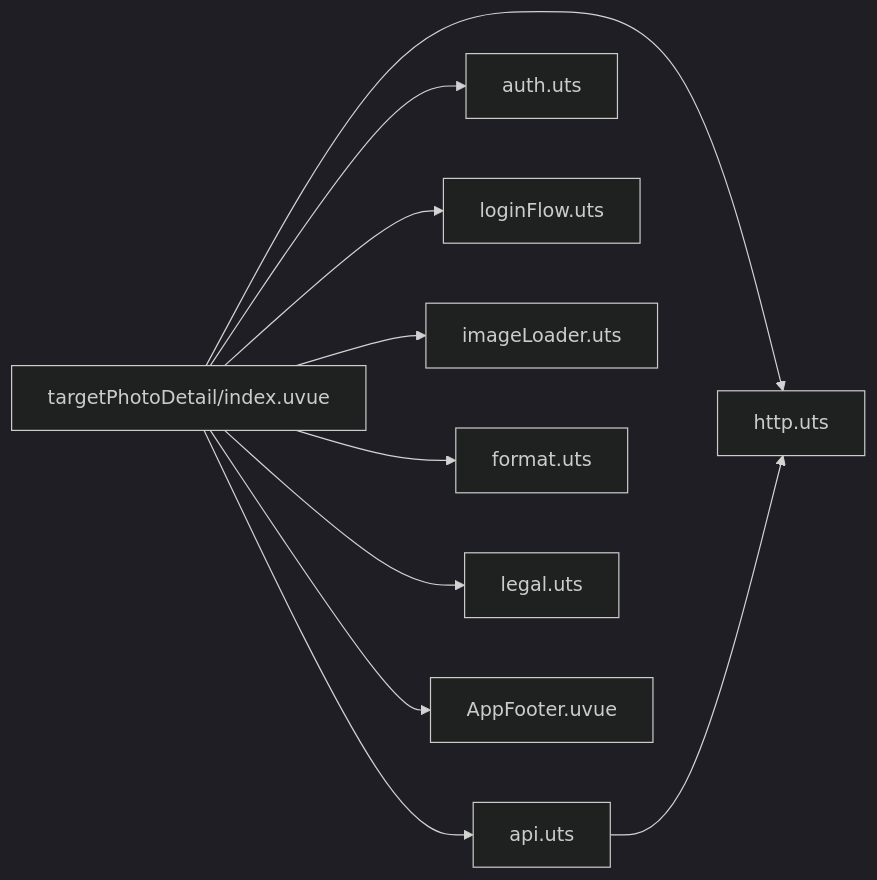
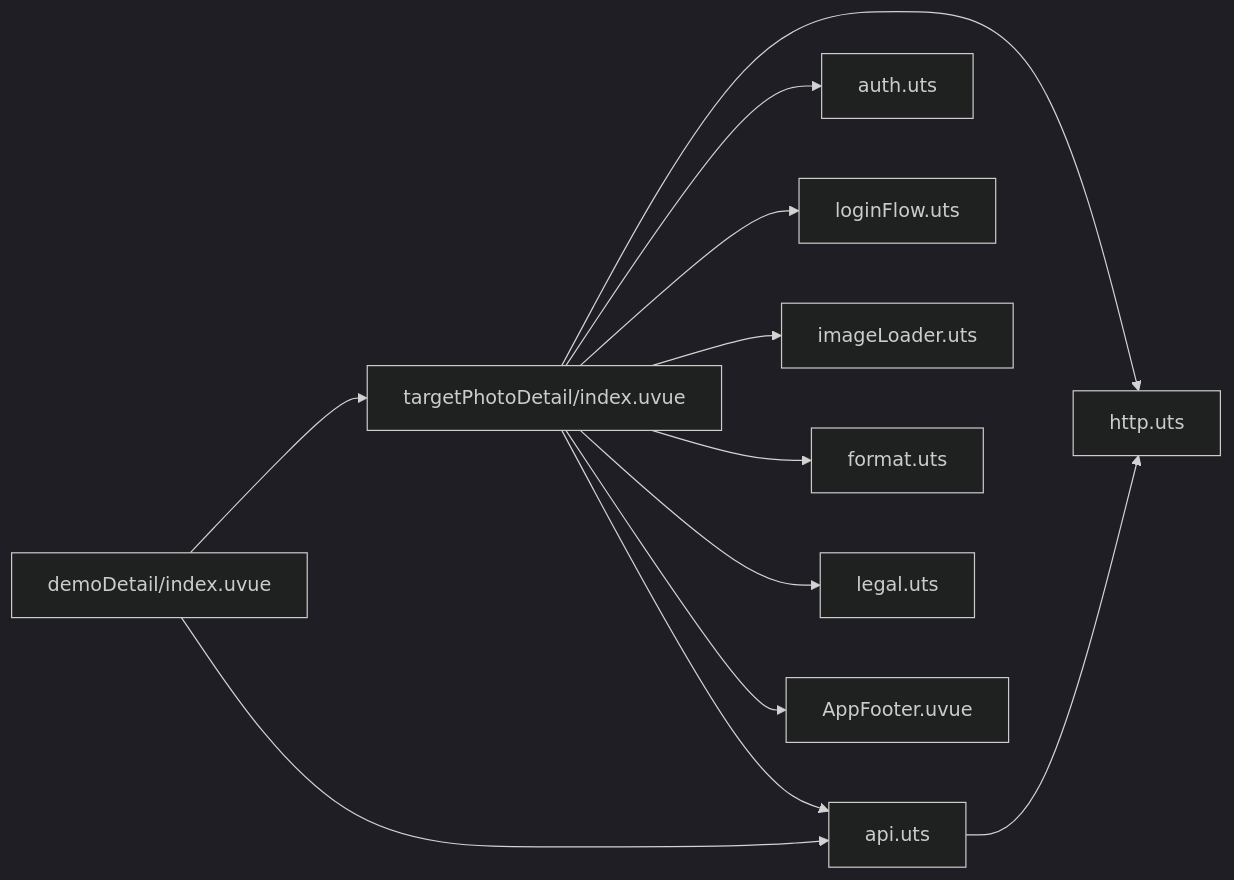
Before and after one commit to crazyma99/blueberry: the sixth of 6 diagrams in .qoder/repowiki/zh/content/核心功能模块/客片管理系统/客片详情页面.md, drawn with Mermaid (dark theme). The commit also changed other lines of this file and 79 other files, not shown here.

````diff
--- a/.qoder/repowiki/zh/content/核心功能模块/客片管理系统/客片详情页面.md
+++ b/.qoder/repowiki/zh/content/核心功能模块/客片管理系统/客片详情页面.md
@@ -341,12 +426,14 @@
 ```mermaid
 graph LR
 Detail["targetPhotoDetail/index.uvue"] --> API["api.uts"]
 Detail --> HTTP["http.uts"]
 Detail --> AUTH["auth.uts"]
 Detail --> LOGIN["loginFlow.uts"]
 Detail --> IMG["imageLoader.uts"]
 Detail --> FORMAT["format.uts"]
 Detail --> LEGAL["legal.uts"]
 Detail --> FOOTER["AppFooter.uvue"]
+DemoDetail["demoDetail/index.uvue"] --> Detail
+DemoDetail --> API
 API --> HTTP
 ```
````
